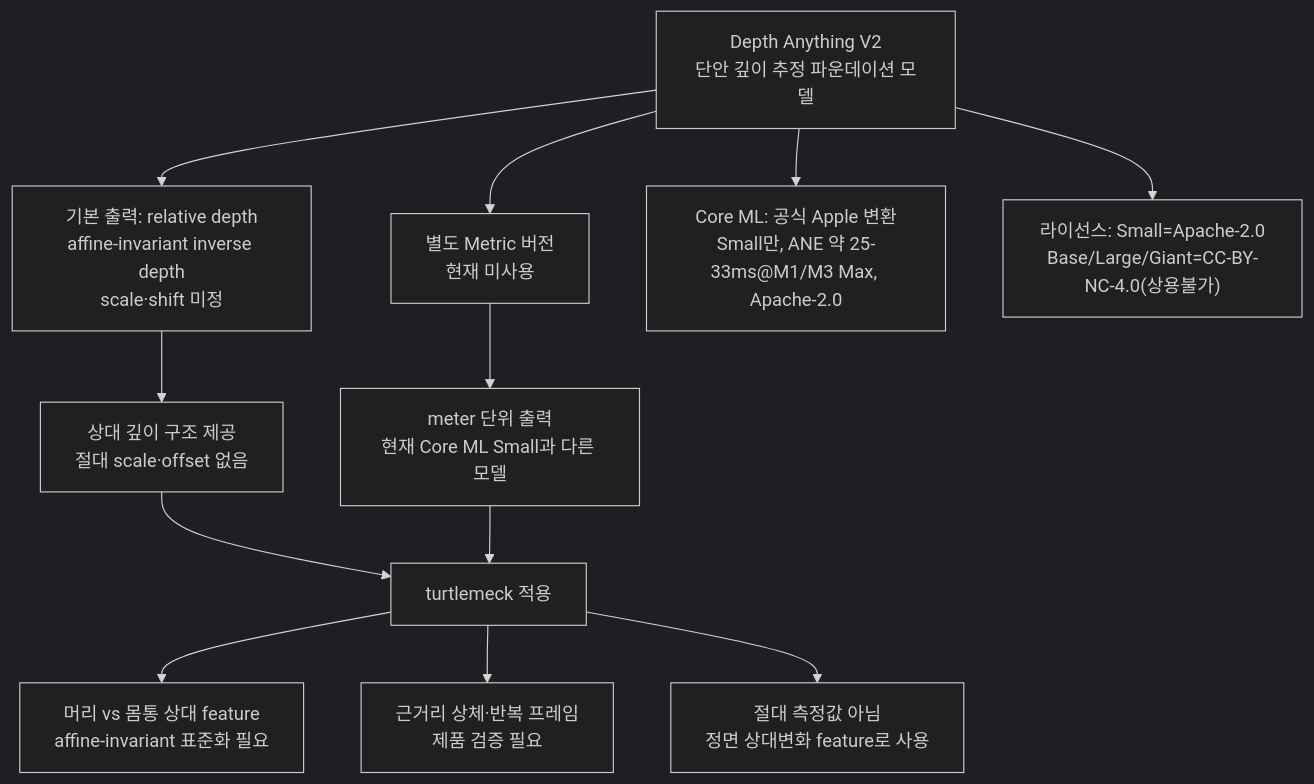
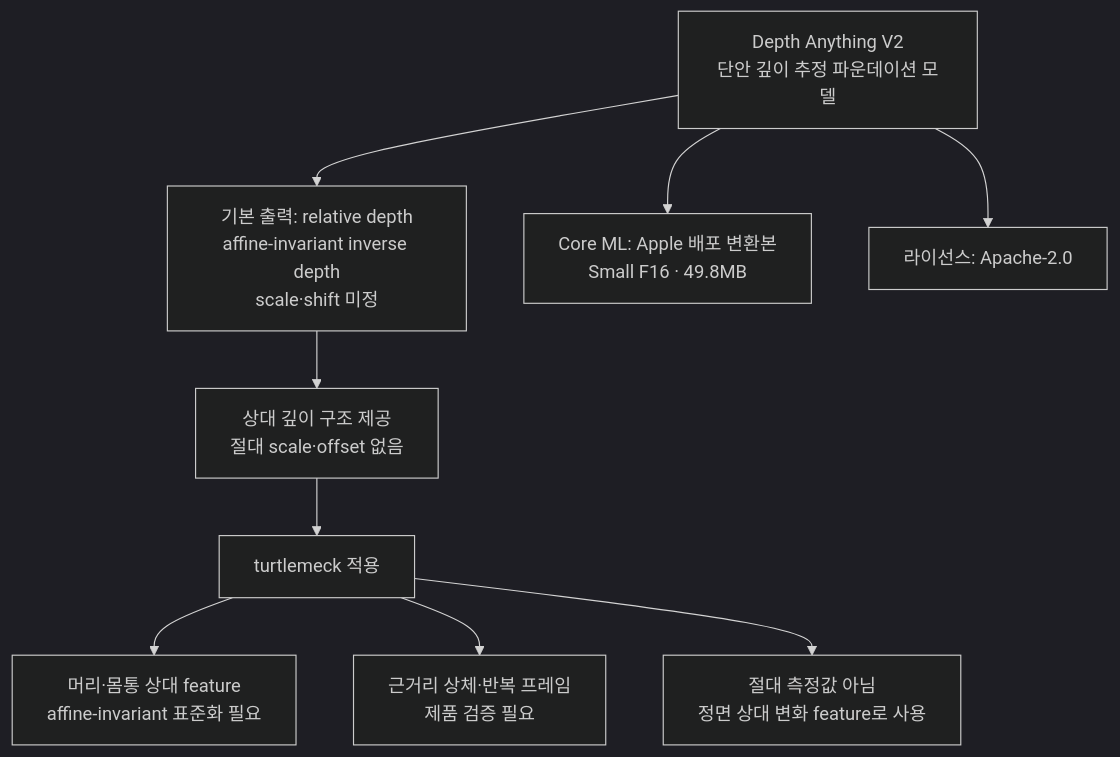
The diagram in docs/depth-estimation/depth-anything-v2/README.md (kimchanhyung98/turtlemeck), drawn with Mermaid (dark theme) before and after one commit. The commit also changed other lines of this file and 84 other files, not shown here.

````diff
--- a/docs/depth-estimation/depth-anything-v2/README.md
+++ b/docs/depth-estimation/depth-anything-v2/README.md
@@ -18,18 +23,15 @@
 ```mermaid
 flowchart TD
     DA["Depth Anything V2<br/>단안 깊이 추정 파운데이션 모델"]
     DA --> REL["기본 출력: relative depth<br/>affine-invariant inverse depth<br/>scale·shift 미정"]
-    DA --> MET["별도 Metric 버전<br/>현재 미사용"]
 
     REL --> RP1["상대 깊이 구조 제공<br/>절대 scale·offset 없음"]
-    MET --> MP1["meter 단위 출력<br/>현재 Core ML Small과 다른 모델"]
 
     RP1 --> APP["turtlemeck 적용"]
-    MP1 --> APP
-    APP --> A1["머리 vs 몸통 상대 feature<br/>affine-invariant 표준화 필요"]
+    APP --> A1["머리·몸통 상대 feature<br/>affine-invariant 표준화 필요"]
     APP --> A2["근거리 상체·반복 프레임<br/>제품 검증 필요"]
-    APP --> A3["절대 측정값 아님<br/>정면 상대변화 feature로 사용"]
+    APP --> A3["절대 측정값 아님<br/>정면 상대 변화 feature로 사용"]
 
-    DA --> CM["Core ML: 공식 Apple 변환<br/>Small만, ANE 약 25-33ms@M1/M3 Max, Apache-2.0"]
-    DA --> LIC["라이선스: Small=Apache-2.0<br/>Base/Large/Giant=CC-BY-NC-4.0(상용불가)"]
+    DA --> CM["Core ML: Apple 배포 변환본<br/>Small F16 · 49.8MB"]
+    DA --> LIC["라이선스: Apache-2.0"]
 ```
````
